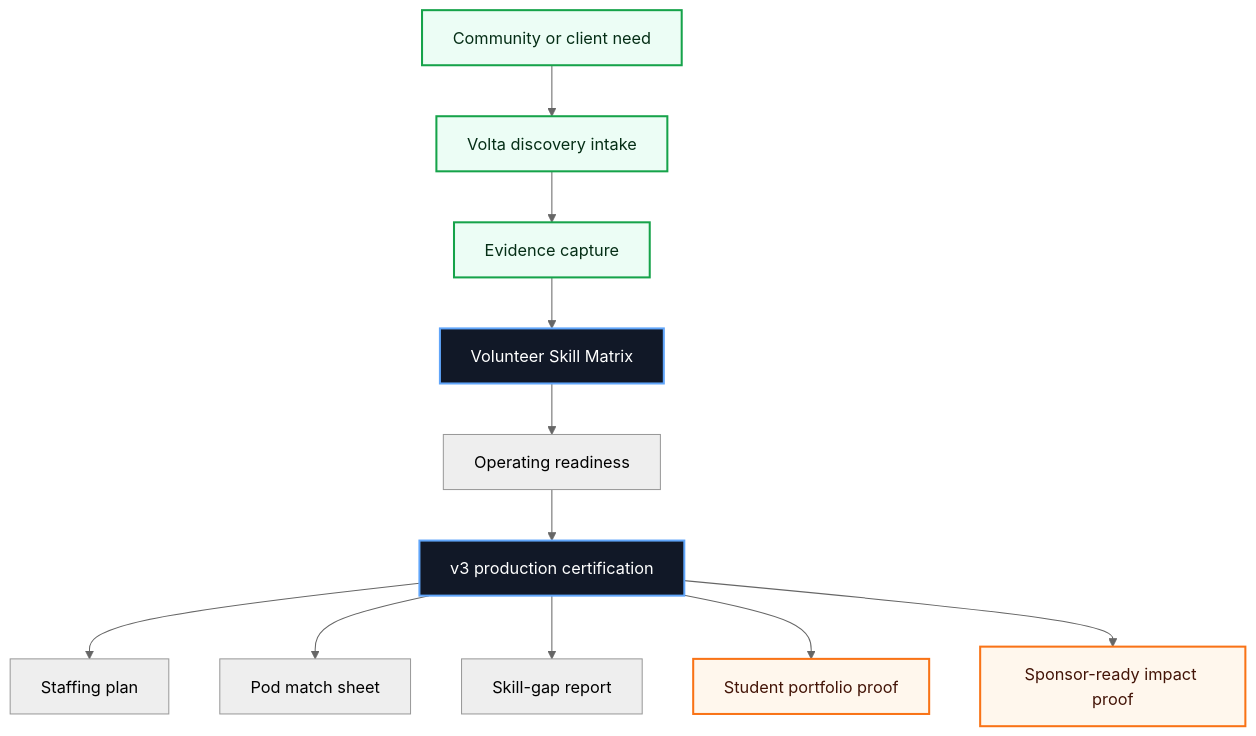
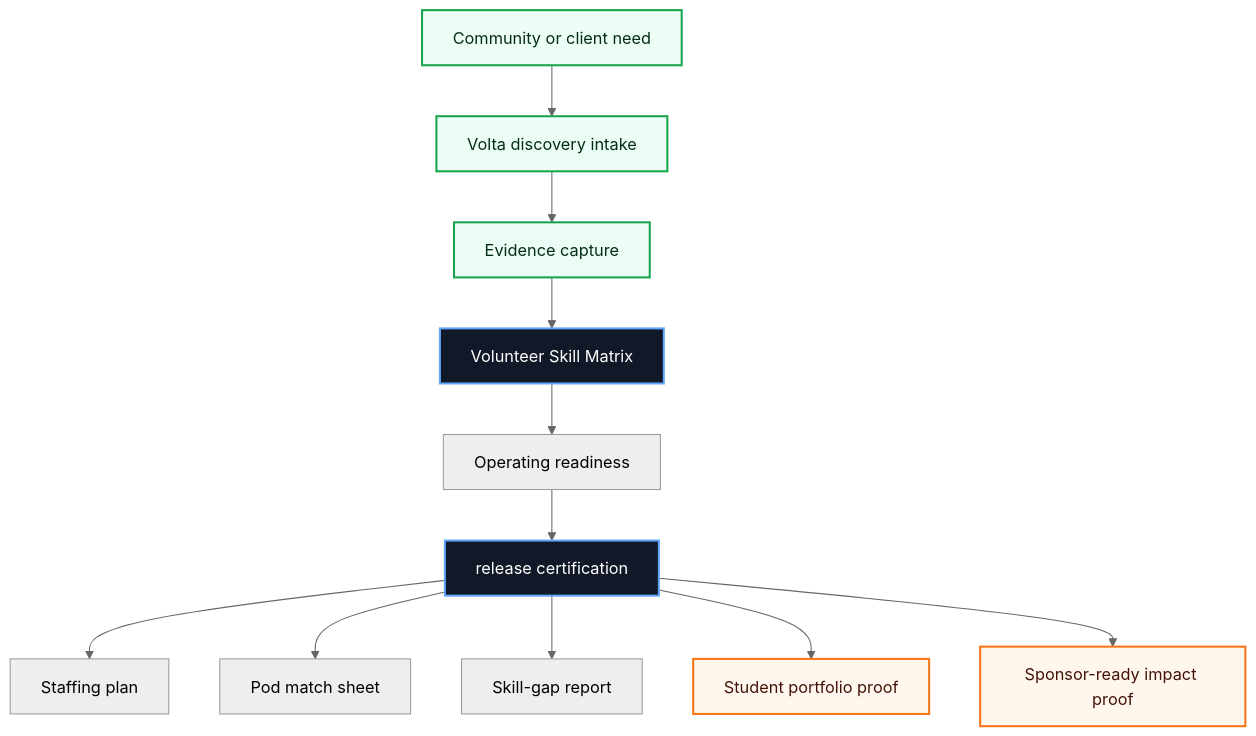
One commit to volta-npo/volunteer-skill-matrix changed the first of 3 diagrams in README.md. Above: the diagram before and after it, drawn with Mermaid (neutral theme). The commit also changed other lines of this file and 28 other files, not shown here.

````diff
--- a/README.md
+++ b/README.md
@@ -43,20 +43,20 @@
 ```mermaid
 flowchart TD
     Need["Community or client need"] --> Intake["Volta discovery intake"]
     Intake --> Evidence["Evidence capture"]
     Evidence --> Workbench["Volunteer Skill Matrix"]
     Workbench --> Score["Operating readiness"]
-    Score --> Cert["v3 production certification"]
+    Score --> Cert["release certification"]
     Cert --> A1["Staffing plan"]
     Cert --> A2["Pod match sheet"]
     Cert --> A3["Skill-gap report"]
     Cert --> Student["Student portfolio proof"]
     Cert --> Sponsor["Sponsor-ready impact proof"]
 
     classDef volta fill:#111827,stroke:#60a5fa,color:#ffffff,stroke-width:2px;
     classDef equity fill:#ecfdf5,stroke:#16a34a,color:#052e16,stroke-width:2px;
     classDef proof fill:#fff7ed,stroke:#f97316,color:#431407,stroke-width:2px;
     class Workbench,Cert volta;
     class Need,Intake,Evidence equity;
     class Student,Sponsor proof;
 ```
````
